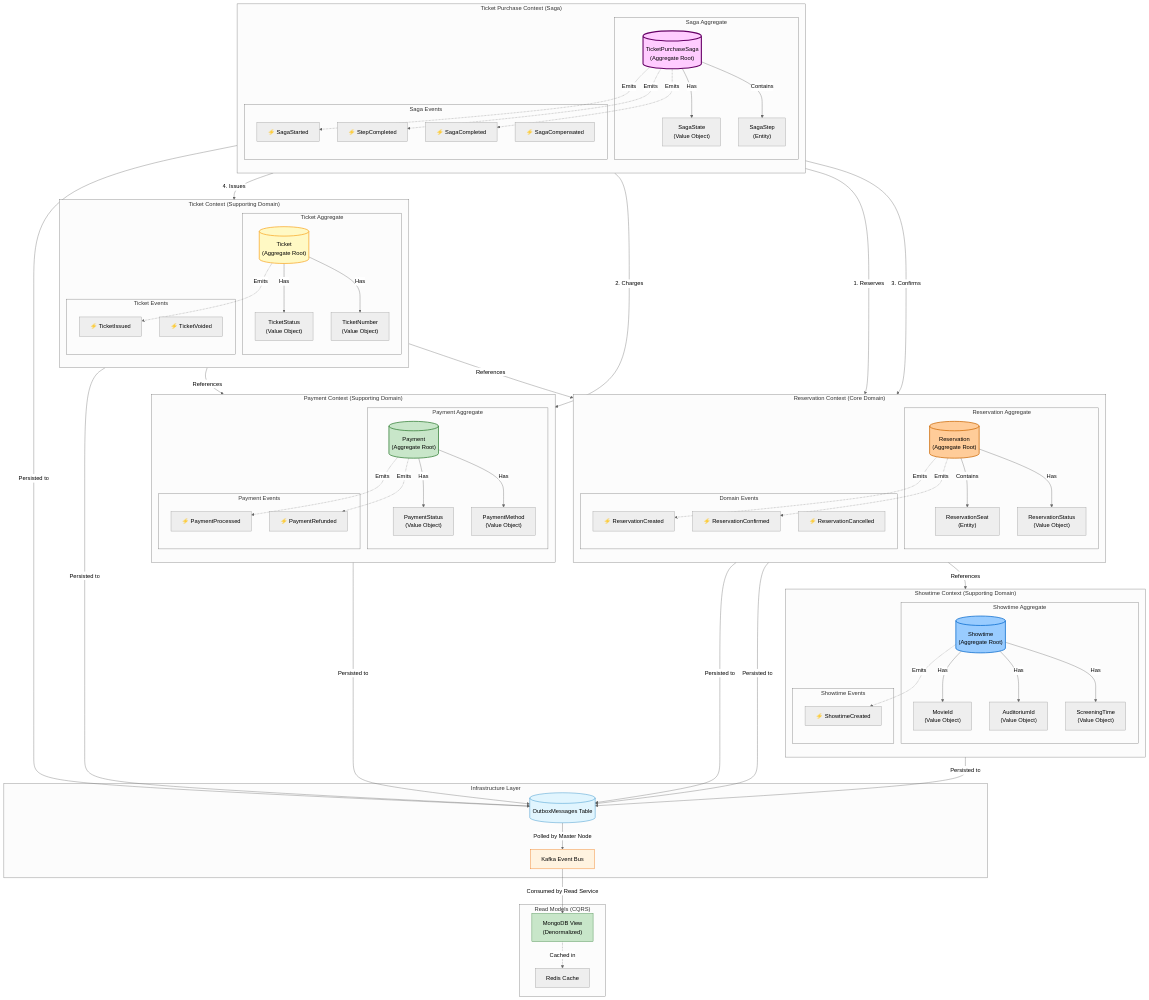
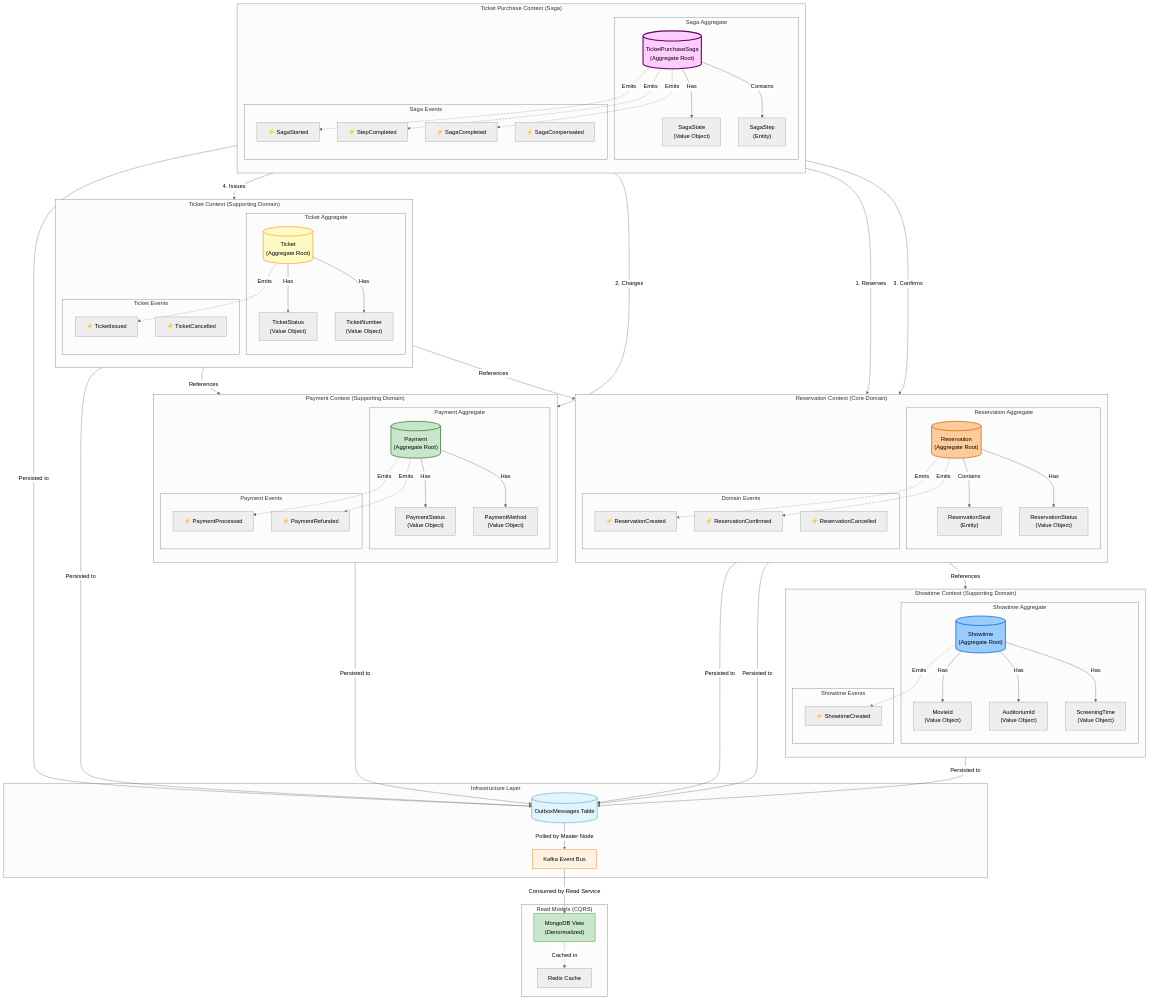
The third of 5 diagrams in README.md (sonne120/cinema), drawn with Mermaid (neutral theme) before and after one commit. The commit also changed other lines of this file, not shown here.

```diff
--- a/README.md
+++ b/README.md
@@ -330,7 +330,7 @@
         
         subgraph "Ticket Events"
             EvtTicketIssued["⚡ TicketIssued"]
-            EvtTicketVoided["⚡ TicketVoided"]
+            EvtTicketCancelled["⚡ TicketCancelled"]
         end
         
         Ticket -.->|Emits| EvtTicketIssued
```
